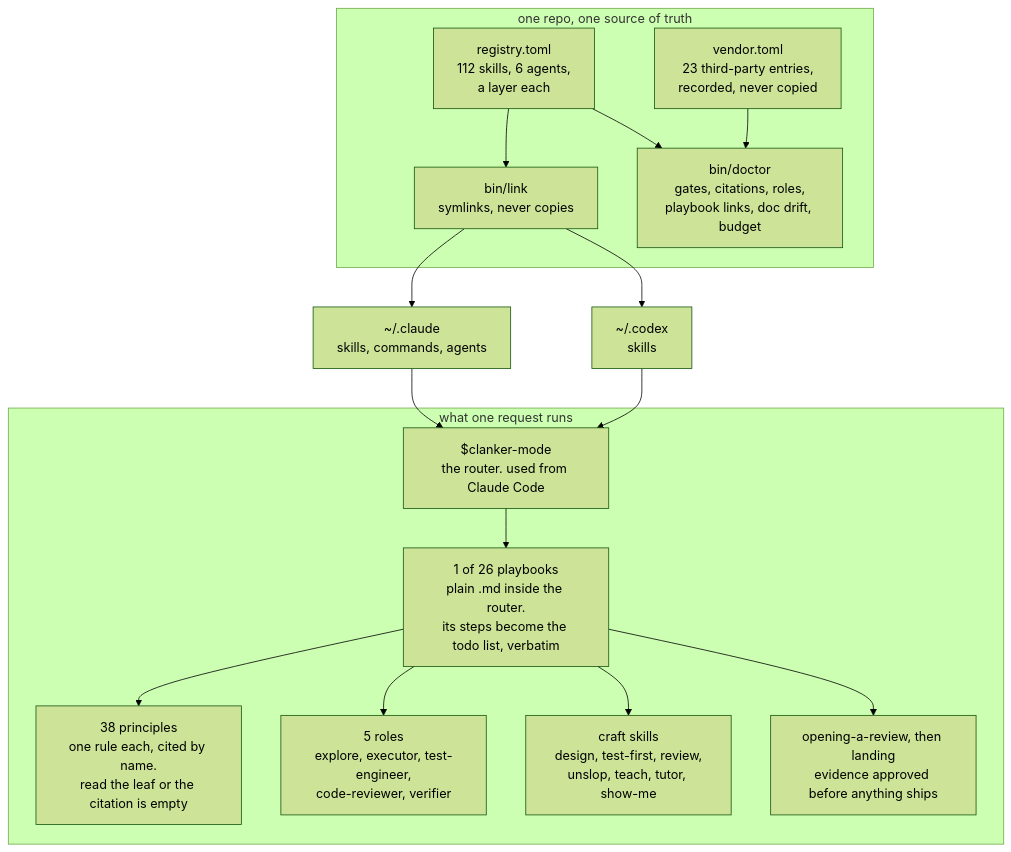
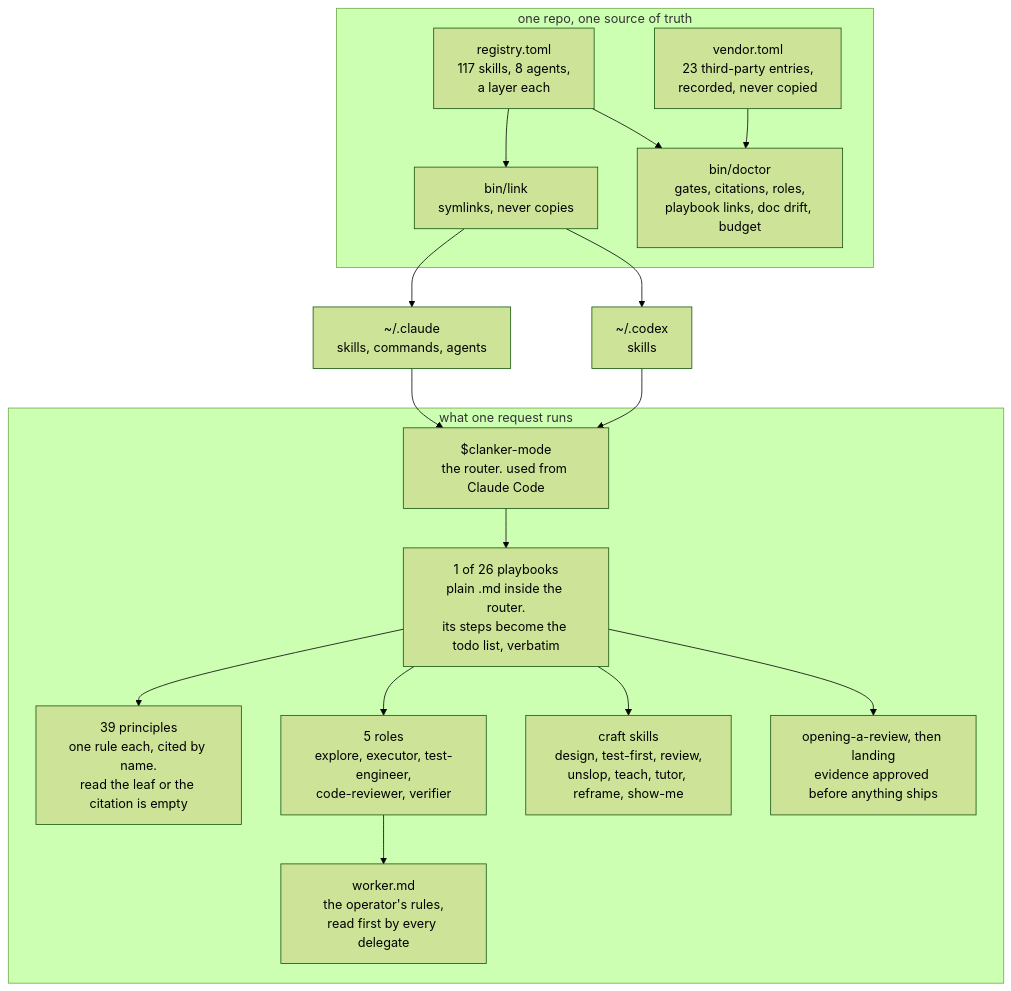
The diagram in README.md (daryl-tg/deez-skills), drawn with Mermaid (forest theme) before and after one commit. The commit also changed other lines of this file and 3 other files, not shown here.

First line of the commit message:
super-clanker: Workers read worker.md first; README counts and worker.md

````diff
--- a/README.md
+++ b/README.md
@@ -11,34 +11,36 @@
 ```mermaid
 flowchart TB
   subgraph hub["one repo, one source of truth"]
-    reg["registry.toml<br/>112 skills, 6 agents,<br/>a layer each"]
+    reg["registry.toml<br/>117 skills, 8 agents,<br/>a layer each"]
     ven["vendor.toml<br/>23 third-party entries,<br/>recorded, never copied"]
     lnk["bin/link<br/>symlinks, never copies"]
     doc["bin/doctor<br/>gates, citations, roles,<br/>playbook links, doc drift, budget"]
     reg --> lnk
     reg --> doc
     ven --> doc
   end
 
   cc["~/.claude<br/>skills, commands, agents"]
   cx["~/.codex<br/>skills"]
 
   subgraph work["what one request runs"]
     router["$clanker-mode<br/>the router. used from Claude Code"]
     pb["1 of 26 playbooks<br/>plain .md inside the router.<br/>its steps become the todo list, verbatim"]
-    prin["38 principles<br/>one rule each, cited by name.<br/>read the leaf or the citation is empty"]
+    prin["39 principles<br/>one rule each, cited by name.<br/>read the leaf or the citation is empty"]
     role["5 roles<br/>explore, executor, test-engineer,<br/>code-reviewer, verifier"]
-    craft["craft skills<br/>design, test-first, review,<br/>unslop, teach, tutor, show-me"]
+    wrk["worker.md<br/>the operator's rules,<br/>read first by every delegate"]
+    craft["craft skills<br/>design, test-first, review,<br/>unslop, teach, tutor, reframe, show-me"]
     ship["opening-a-review, then landing<br/>evidence approved before anything ships"]
     router --> pb
     pb --> prin
     pb --> role
+    role --> wrk
     pb --> craft
     pb --> ship
   end
 
   lnk --> cc
   lnk --> cx
   cc --> router
   cx --> router
 ```
````
